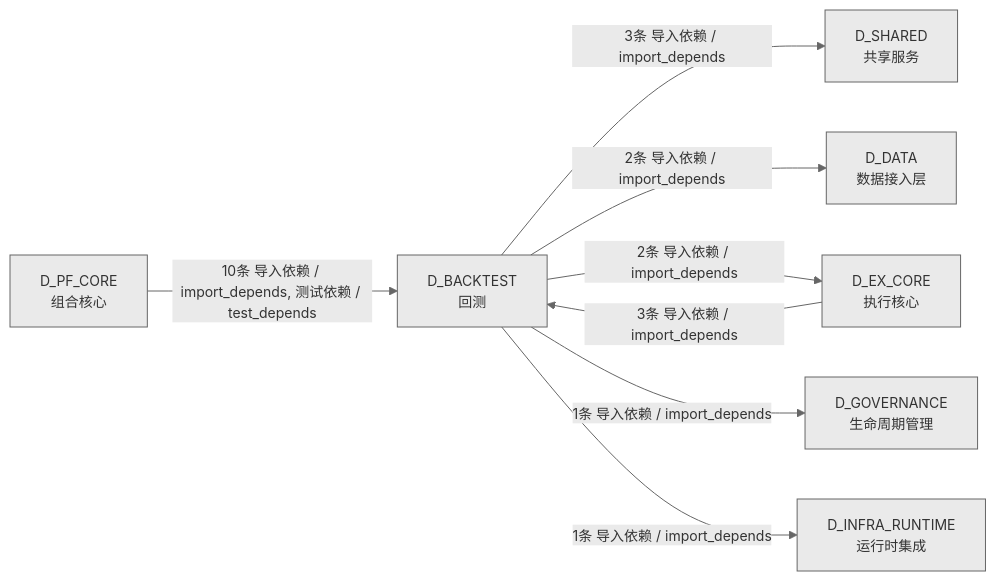
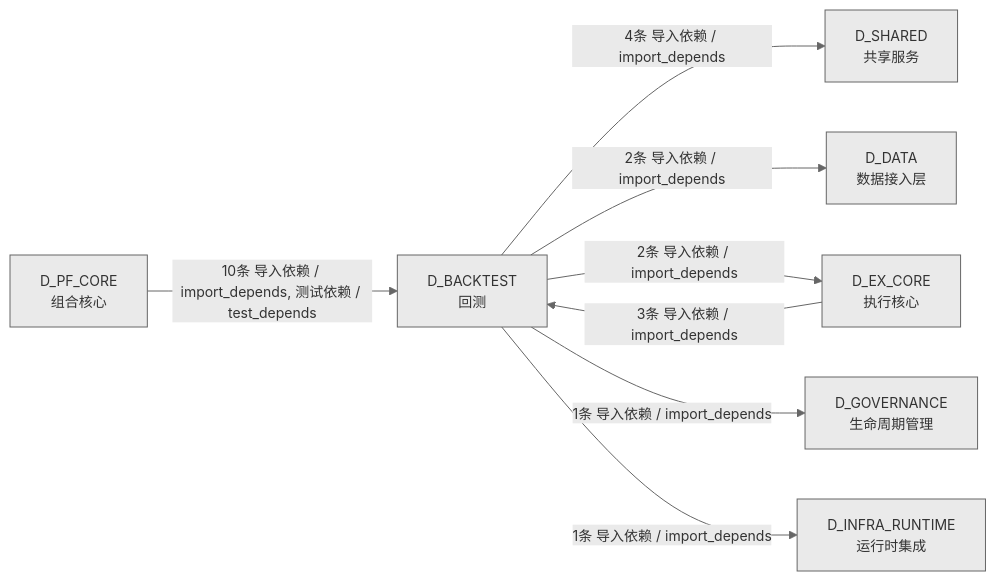
One commit to xuanFelixVan/ZephyrAlpha changed the fourth of 4 diagrams in docs/02_enterprise_architecture/02_domain_architecture_docs/35_d_backtest.md. Above: the diagram before and after it, drawn with Mermaid. The commit also changed other lines of this file and 62 other files, not shown here.

````diff
--- a/docs/02_enterprise_architecture/02_domain_architecture_docs/35_d_backtest.md
+++ b/docs/02_enterprise_architecture/02_domain_architecture_docs/35_d_backtest.md
@@ -350,18 +346,18 @@
 ```mermaid
 %%{init: {'theme': 'base', 'themeVariables': {'primaryColor': '#eaeaea', 'primaryTextColor': '#333333', 'primaryBorderColor': '#666666', 'lineColor': '#666666', 'secondaryColor': '#eaeaea', 'tertiaryColor': '#eaeaea', 'fontSize': '14px'}}}%%
 graph LR
     D_BACKTEST["D_BACKTEST<br/>回测"]
     D_SHARED["D_SHARED<br/>共享服务"]
     D_DATA["D_DATA<br/>数据接入层"]
     D_EX_CORE["D_EX_CORE<br/>执行核心"]
     D_GOVERNANCE["D_GOVERNANCE<br/>生命周期管理"]
     D_INFRA_RUNTIME["D_INFRA_RUNTIME<br/>运行时集成"]
     D_PF_CORE["D_PF_CORE<br/>组合核心"]
-    D_BACKTEST -->|3条 导入依赖 / import_depends| D_SHARED
+    D_BACKTEST -->|4条 导入依赖 / import_depends| D_SHARED
     D_BACKTEST -->|2条 导入依赖 / import_depends| D_DATA
     D_BACKTEST -->|2条 导入依赖 / import_depends| D_EX_CORE
     D_BACKTEST -->|1条 导入依赖 / import_depends| D_GOVERNANCE
     D_BACKTEST -->|1条 导入依赖 / import_depends| D_INFRA_RUNTIME
     D_PF_CORE -->|10条 导入依赖 / import_depends, 测试依赖 / test_depends| D_BACKTEST
     D_EX_CORE -->|3条 导入依赖 / import_depends| D_BACKTEST
 ```
````
